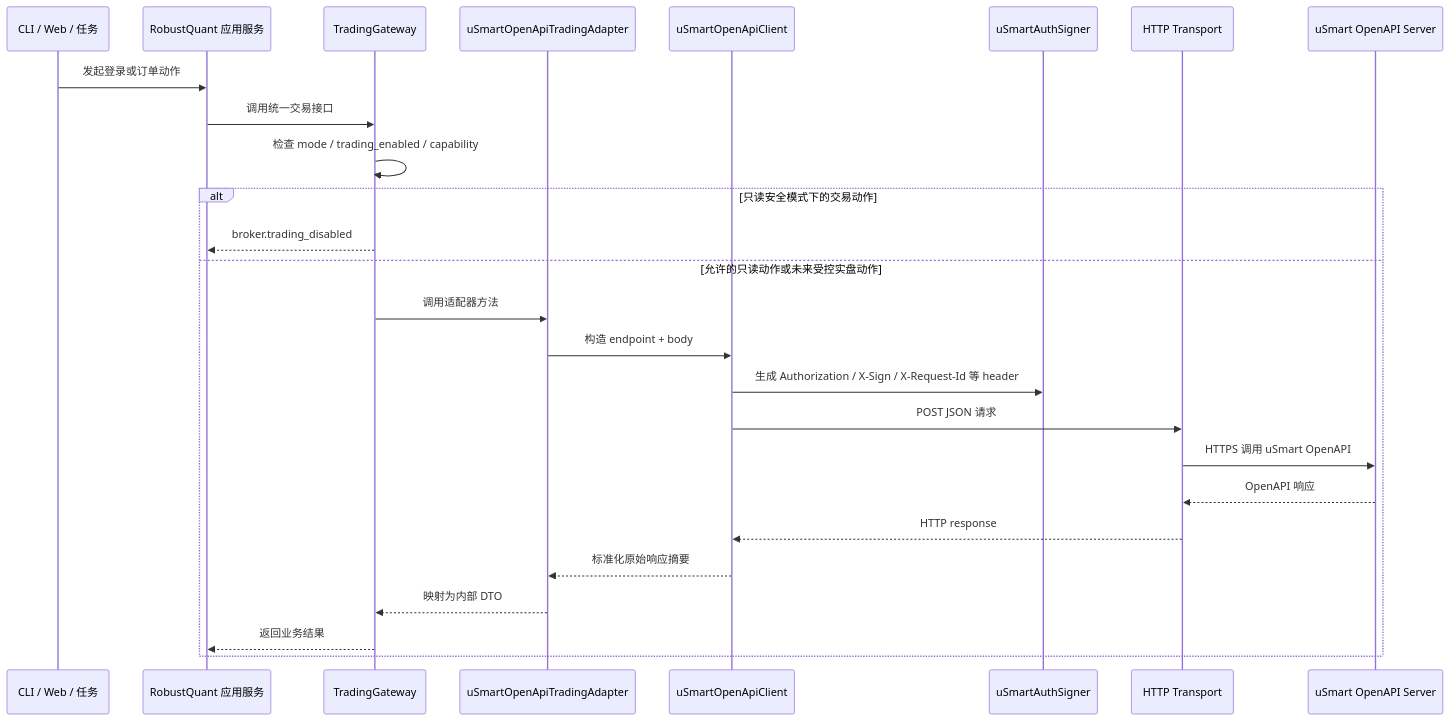
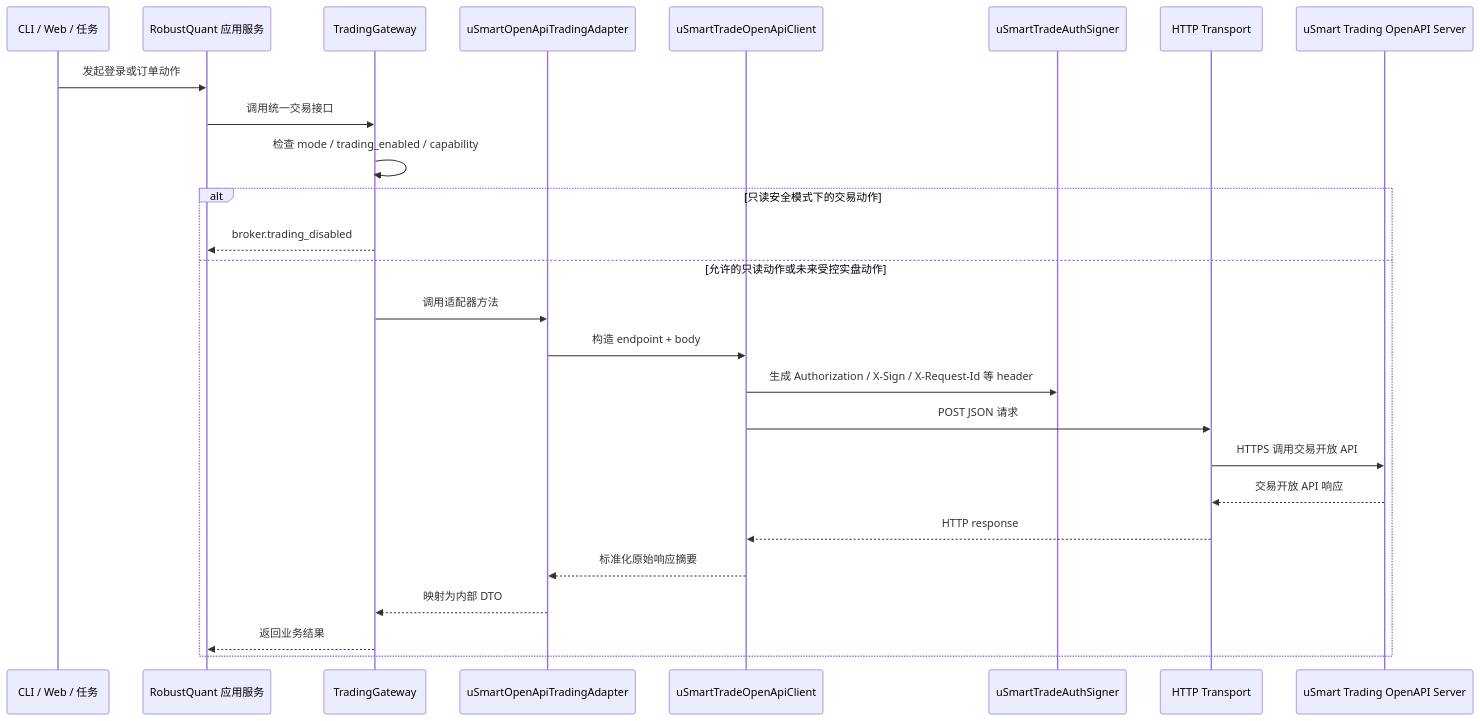
Before and after one commit to lyty1997/Augur_Maestro: the diagram in docs/backend/clients/usmart-openapi-call-design.md, drawn with Mermaid. The commit also changed other lines of this file and 7 other files, not shown here.

Commit message:
docs: separate usmart OpenAPI surfaces

````diff
--- a/docs/backend/clients/usmart-openapi-call-design.md
+++ b/docs/backend/clients/usmart-openapi-call-design.md
@@ -26,29 +36,29 @@
 ```mermaid
 sequenceDiagram
     participant UI as CLI / Web / 任务
     participant App as RobustQuant 应用服务
     participant TG as TradingGateway
     participant AD as uSmartOpenApiTradingAdapter
-    participant CL as uSmartOpenApiClient
-    participant SG as uSmartAuthSigner
+    participant CL as uSmartTradeOpenApiClient
+    participant SG as uSmartTradeAuthSigner
     participant HTTP as HTTP Transport
-    participant API as uSmart OpenAPI Server
+    participant API as uSmart Trading OpenAPI Server
 
     UI->>App: 发起登录或订单动作
     App->>TG: 调用统一交易接口
     TG->>TG: 检查 mode / trading_enabled / capability
     alt 只读安全模式下的交易动作
         TG-->>App: broker.trading_disabled
     else 允许的只读动作或未来受控实盘动作
         TG->>AD: 调用适配器方法
         AD->>CL: 构造 endpoint + body
         CL->>SG: 生成 Authorization / X-Sign / X-Request-Id 等 header
         CL->>HTTP: POST JSON 请求
-        HTTP->>API: HTTPS 调用 uSmart OpenAPI
-        API-->>HTTP: OpenAPI 响应
+        HTTP->>API: HTTPS 调用交易开放 API
+        API-->>HTTP: 交易开放 API 响应
         HTTP-->>CL: HTTP response
         CL-->>AD: 标准化原始响应摘要
         AD-->>TG: 映射为内部 DTO
         TG-->>App: 返回业务结果
     end
 ```
````
